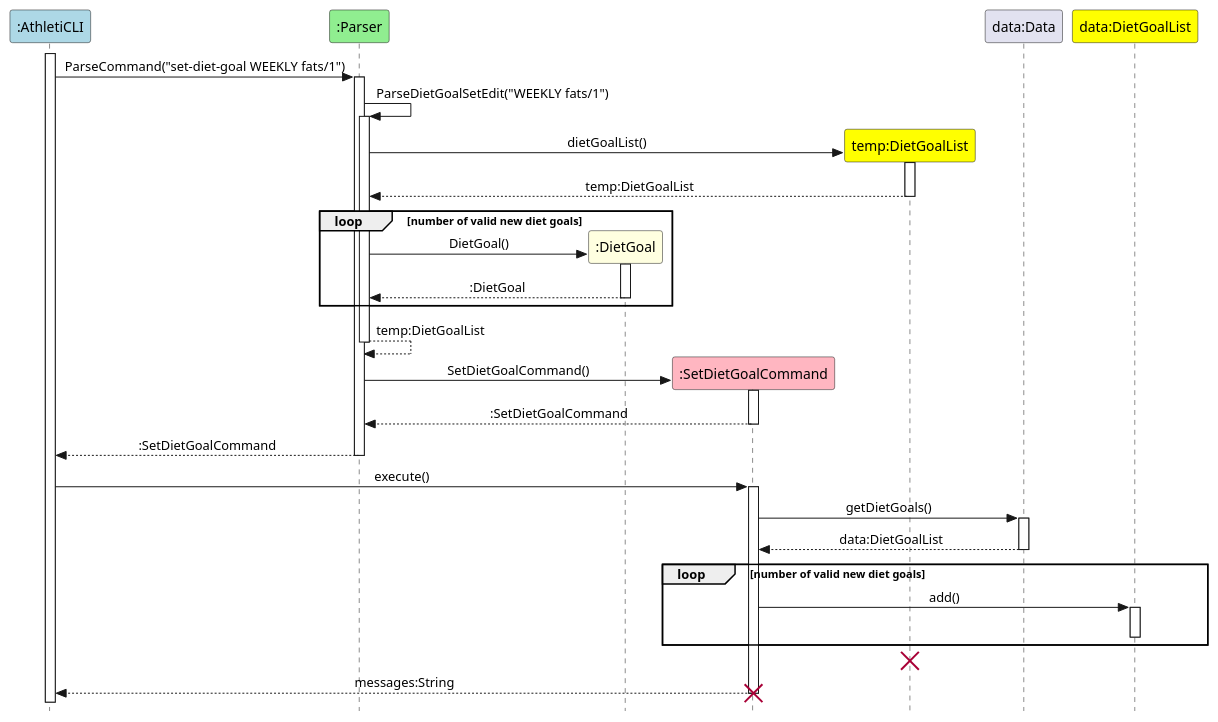
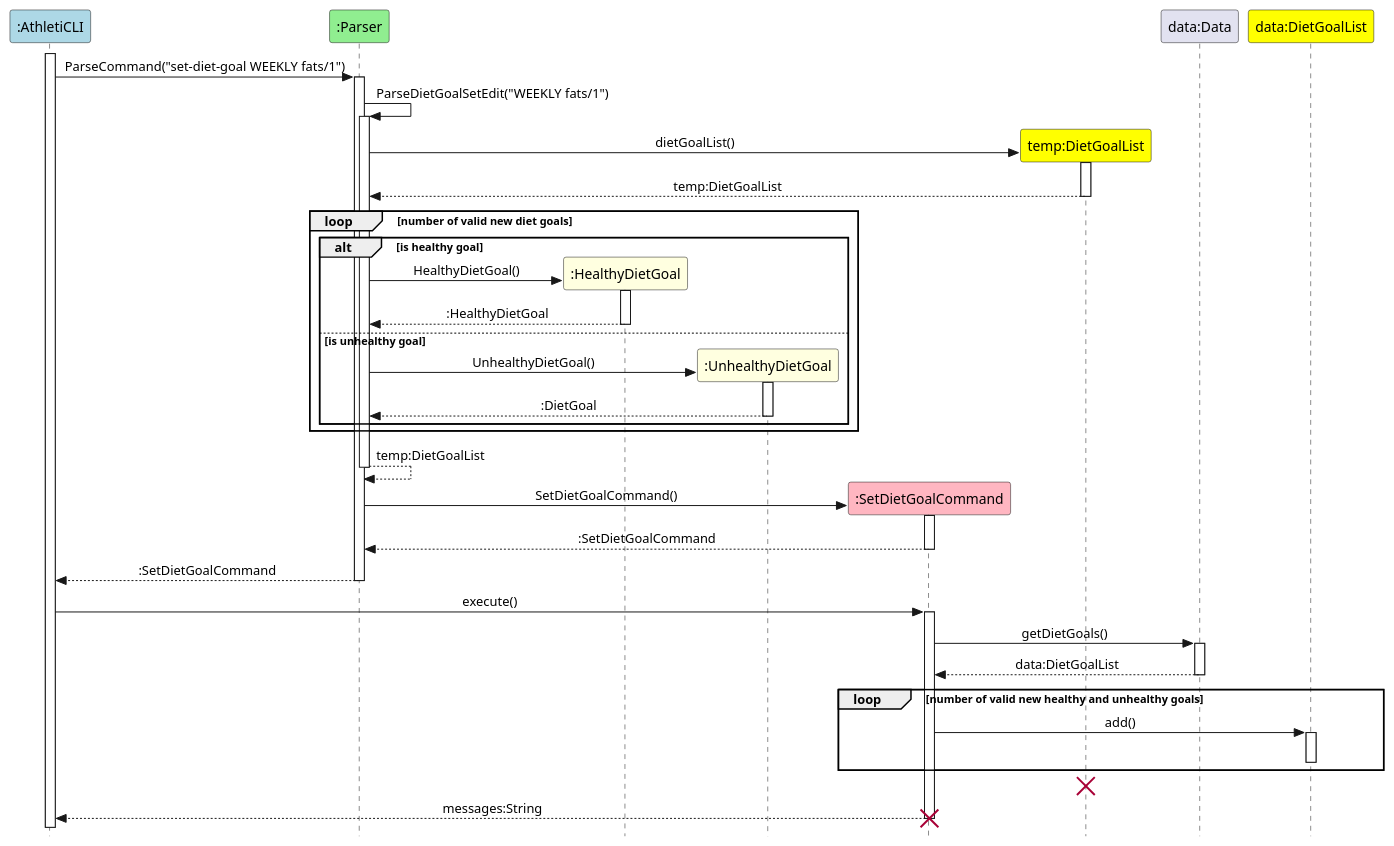
The diagram in docs/puml/Diet/DietGoalsSequenceDiagram.puml (AY2324S1-CS2113-T17-1/tp), drawn with PlantUML before and after one commit. The commit also changed 2 other files, not shown here.

Commit message:
Update diet goal sequence diagram

```diff
--- a/docs/puml/Diet/DietGoalsSequenceDiagram.puml
+++ b/docs/puml/Diet/DietGoalsSequenceDiagram.puml
@@ -1,50 +1,57 @@
 @startuml
 'https://plantuml.com/sequence-diagram
 skinparam Style strictuml
 skinparam SequenceMessageAlignment center
 participant ":AthletiCLI" as AthletiCLI #lightblue
 participant ":Parser" as Parser #lightgreen
-participant ":DietGoal" as dietGoal #lightyellow
+participant ":HealthyDietGoal" as healthyDietGoal #lightyellow
+participant ":UnhealthyDietGoal" as unhealthyDietGoal #lightyellow
 participant ":SetDietGoalCommand" as SetDietGoalCommand #lightpink
 participant "temp:DietGoalList" as tempDietGoalList #yellow
 participant "data:Data" as dataData
 participant "data:DietGoalList" as dataDietGoalList #yellow
 
 
 'autonumber
 AthletiCLI++
 AthletiCLI -> Parser++ : ParseCommand("set-diet-goal WEEKLY fats/1")
 Parser -> Parser++ : ParseDietGoalSetEdit("WEEKLY fats/1")
 create tempDietGoalList
 Parser -> tempDietGoalList++ : dietGoalList()
 tempDietGoalList --> Parser-- : temp:DietGoalList
 
     loop number of valid new diet goals
-    create dietGoal
-    Parser -> dietGoal++ : DietGoal()
-    dietGoal --> Parser-- : :DietGoal
+        alt is healthy goal
+            create healthyDietGoal
+            Parser -> healthyDietGoal++ : HealthyDietGoal()
+            healthyDietGoal --> Parser-- : :HealthyDietGoal
+        else is unhealthy goal
+        create unhealthyDietGoal
+        Parser -> unhealthyDietGoal++ : UnhealthyDietGoal()
+        unhealthyDietGoal --> Parser-- : :DietGoal
+        end
     end
 
 Parser --> Parser-- : temp:DietGoalList
 create SetDietGoalCommand
 Parser -> SetDietGoalCommand++ : SetDietGoalCommand()
 SetDietGoalCommand --> Parser-- : :SetDietGoalCommand
 Parser --> AthletiCLI-- : :SetDietGoalCommand
 AthletiCLI -> SetDietGoalCommand++ : execute()
 SetDietGoalCommand -> dataData++ : getDietGoals()
 dataData --> SetDietGoalCommand-- : data:DietGoalList
 
-    loop number of valid new diet goals
+    loop number of valid new healthy and unhealthy goals
     SetDietGoalCommand -> dataDietGoalList++ : add()
 
    dataDietGoalList --
 
 
     end
 
 destroy tempDietGoalList
 SetDietGoalCommand --> AthletiCLI-- : messages:String
 
 destroy SetDietGoalCommand
 
 @enduml
```
